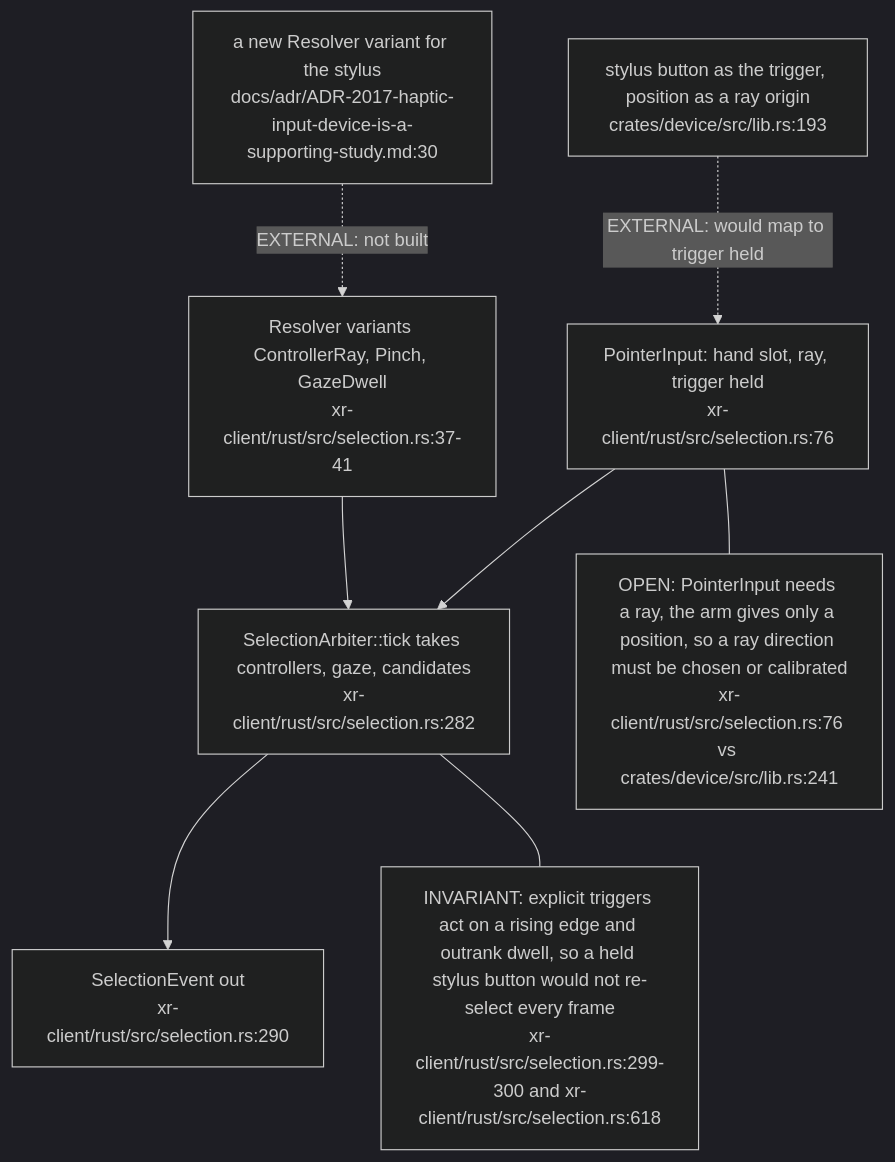
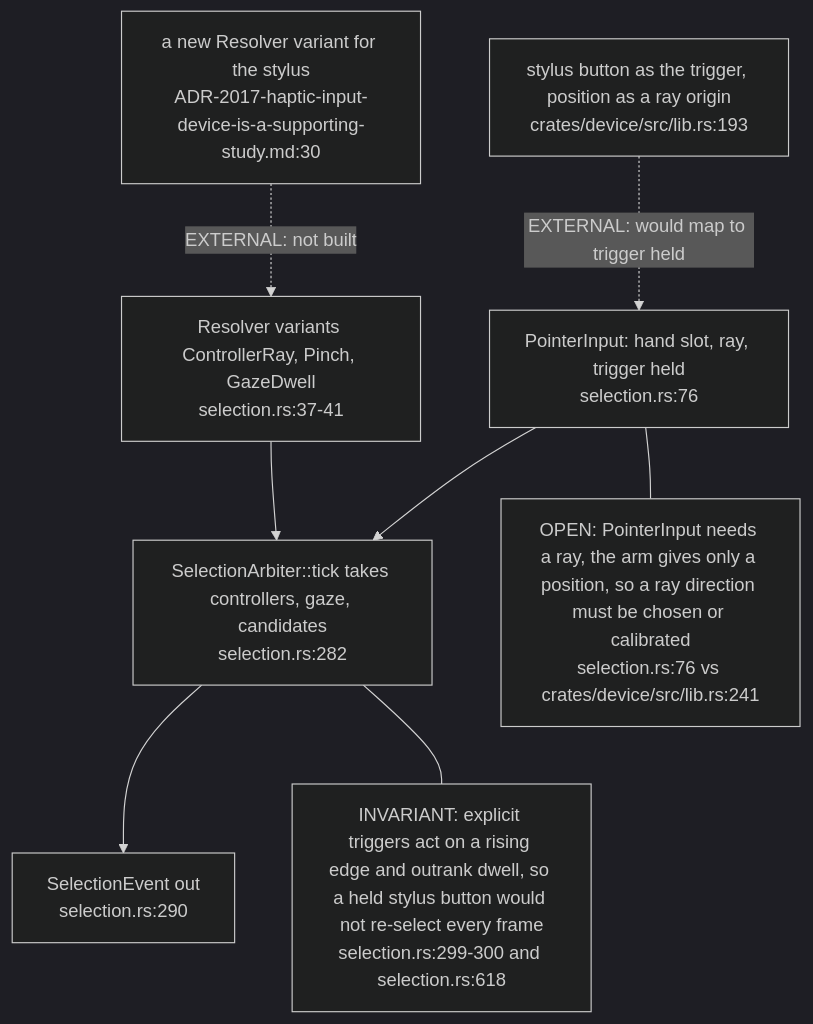
One commit to DreamLab-AI/VisionFlow changed the fourth of 4 diagrams in docs/diagrams/visiontouch-rs/07-estate-position-and-future-visionclaw-grab-path.md. Above: the diagram before and after it, drawn with Mermaid (dark theme). The commit also changed other lines of this file and 27 other files, not shown here.

````diff
--- a/docs/diagrams/visiontouch-rs/07-estate-position-and-future-visionclaw-grab-path.md
+++ b/docs/diagrams/visiontouch-rs/07-estate-position-and-future-visionclaw-grab-path.md
@@ -110,18 +114,18 @@
 ```mermaid
 flowchart TB
-    PI["PointerInput: hand slot, ray, trigger held<br/>xr-client/rust/src/selection.rs:76"]
-    RES["Resolver variants ControllerRay, Pinch, GazeDwell<br/>xr-client/rust/src/selection.rs:37-41"]
-    ARB["SelectionArbiter::tick takes controllers, gaze, candidates<br/>xr-client/rust/src/selection.rs:282"]
-    EVT["SelectionEvent out<br/>xr-client/rust/src/selection.rs:290"]
-    NEW["a new Resolver variant for the stylus<br/>docs/adr/ADR-2017-haptic-input-device-is-a-supporting-study.md:30"]
+    PI["PointerInput: hand slot, ray, trigger held<br/>selection.rs:76"]
+    RES["Resolver variants ControllerRay, Pinch, GazeDwell<br/>selection.rs:37-41"]
+    ARB["SelectionArbiter::tick takes controllers, gaze, candidates<br/>selection.rs:282"]
+    EVT["SelectionEvent out<br/>selection.rs:290"]
+    NEW["a new Resolver variant for the stylus<br/>ADR-2017-haptic-input-device-is-a-supporting-study.md:30"]
     STY["stylus button as the trigger, position as a ray origin<br/>crates/device/src/lib.rs:193"]
     STY -. "EXTERNAL: would map to trigger held" .-> PI
     PI --> ARB
     RES --> ARB
     ARB --> EVT
     NEW -. "EXTERNAL: not built" .-> RES
-    N1["INVARIANT: explicit triggers act on a rising edge and outrank dwell, so a held stylus button would not re-select every frame<br/>xr-client/rust/src/selection.rs:299-300 and xr-client/rust/src/selection.rs:618"]
-    N2["OPEN: PointerInput needs a ray, the arm gives only a position, so a ray direction must be chosen or calibrated<br/>xr-client/rust/src/selection.rs:76 vs crates/device/src/lib.rs:241"]
+    N1["INVARIANT: explicit triggers act on a rising edge and outrank dwell, so a held stylus button would not re-select every frame<br/>selection.rs:299-300 and selection.rs:618"]
+    N2["OPEN: PointerInput needs a ray, the arm gives only a position, so a ray direction must be chosen or calibrated<br/>selection.rs:76 vs crates/device/src/lib.rs:241"]
     ARB --- N1
     PI --- N2
 ```
````
